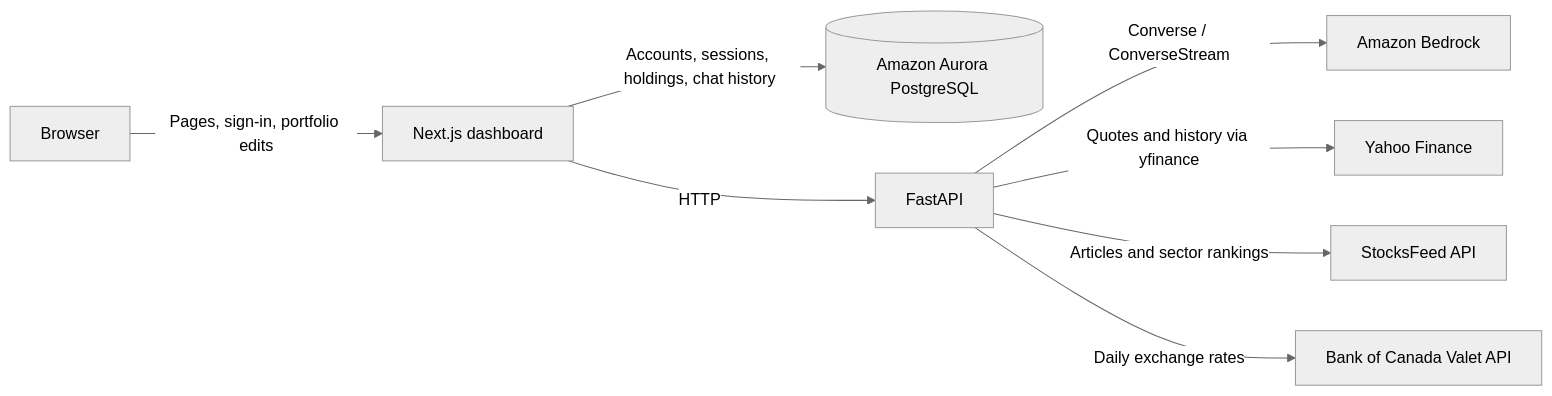
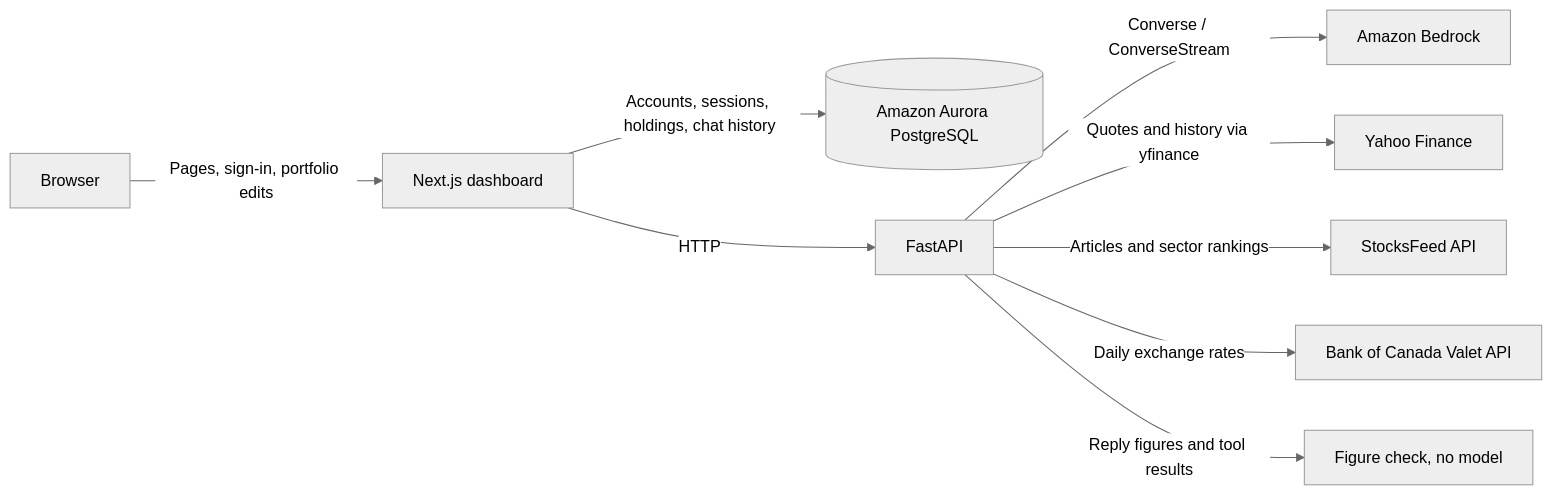
One commit to tarteeg/datathon-polyfinance changed the diagram in ARCHITECTURE.md. Above: the diagram before and after it, drawn with Mermaid (neutral theme). The commit also changed other lines of this file and 9 other files, not shown here.

Commit message:
feat: check reply figures after streaming and show the verdict in the tool timeline

````diff
--- a/ARCHITECTURE.md
+++ b/ARCHITECTURE.md
@@ -5,10 +5,11 @@
 ```mermaid
 flowchart LR
     Browser -->|Pages, sign-in, portfolio edits| Next["Next.js dashboard"]
     Next -->|Accounts, sessions, holdings, chat history| DB[("Amazon Aurora PostgreSQL")]
     API -->|Converse / ConverseStream| Bedrock["Amazon Bedrock"]
     Next -->|HTTP| API["FastAPI"]
     API -->|Quotes and history via yfinance| Yahoo["Yahoo Finance"]
     API -->|Articles and sector rankings| Feed["StocksFeed API"]
     API -->|Daily exchange rates| BoC["Bank of Canada Valet API"]
+    API -->|Reply figures and tool results| Check["Figure check, no model"]
 ```
````
